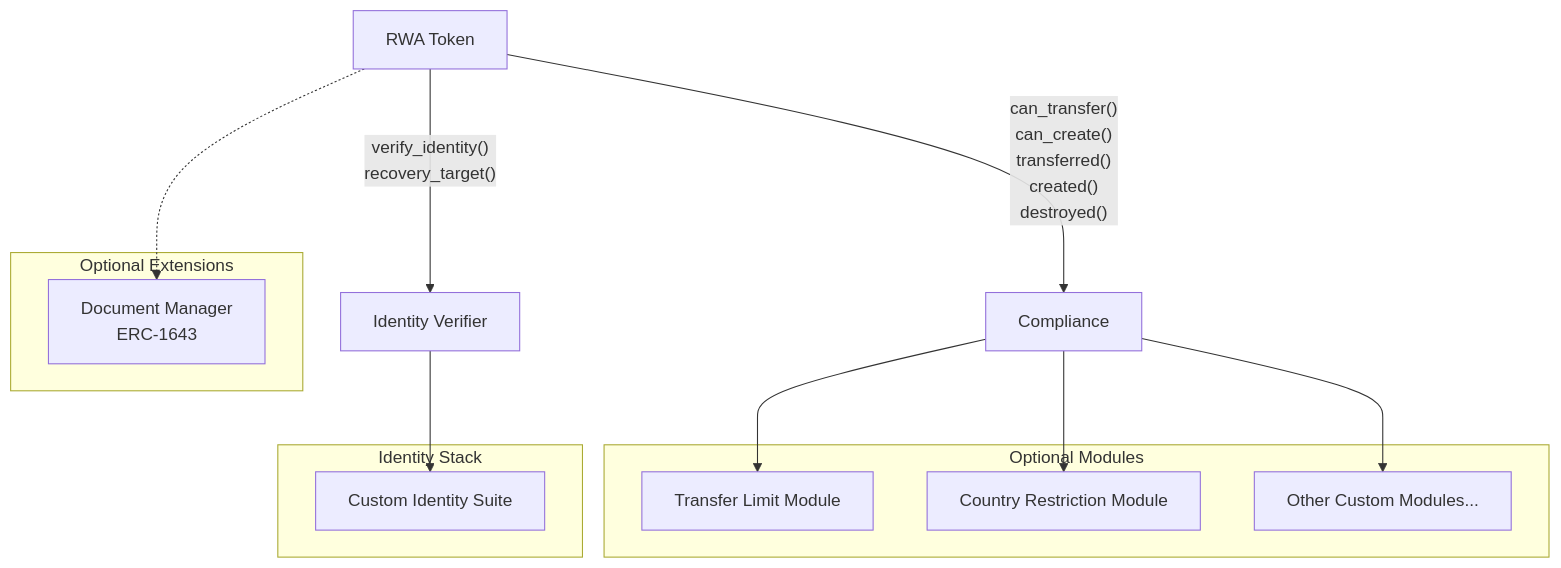
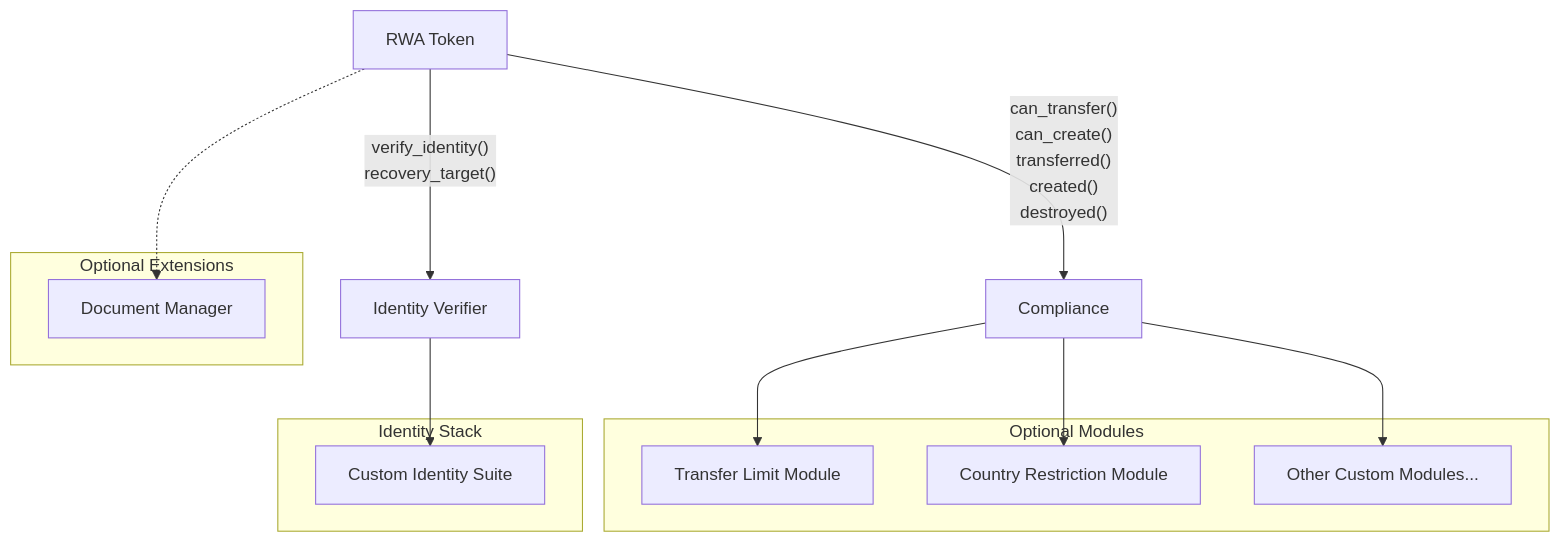
The first of 3 diagrams in content/stellar-contracts/tokens/rwa/rwa.mdx (OpenZeppelin/docs), drawn with Mermaid before and after one commit. The commit also changed other lines of this file, not shown here.

Commit message:
suggestions part 1

````diff
--- a/content/stellar-contracts/tokens/rwa/rwa.mdx
+++ b/content/stellar-contracts/tokens/rwa/rwa.mdx
@@ -35,33 +35,31 @@
 ```mermaid
 graph TB
 
     RWA[RWA Token]
     COMP[Compliance]
     IDV[Identity Verifier]
 
     subgraph "Optional Modules"
         CM1[Transfer Limit Module]
         CM2[Country Restriction Module]
         CM3[Other Custom Modules...]
     end
 
     subgraph "Optional Extensions"
-        DM[Document Manager<br/>ERC-1643]
+        DM[Document Manager]
     end
 
     IDV --> IVS
-
-
 
     subgraph "Identity Stack"
         IVS[Custom Identity Suite]
     end
 
     RWA -->|"can_transfer()<br/>can_create()<br/>transferred()<br/>created()<br/>destroyed()"| COMP
     RWA -->|"verify_identity()<br/>recovery_target()"| IDV
     RWA -.-> DM
 
     COMP --> CM1
     COMP --> CM2
     COMP --> CM3
 ```
````
